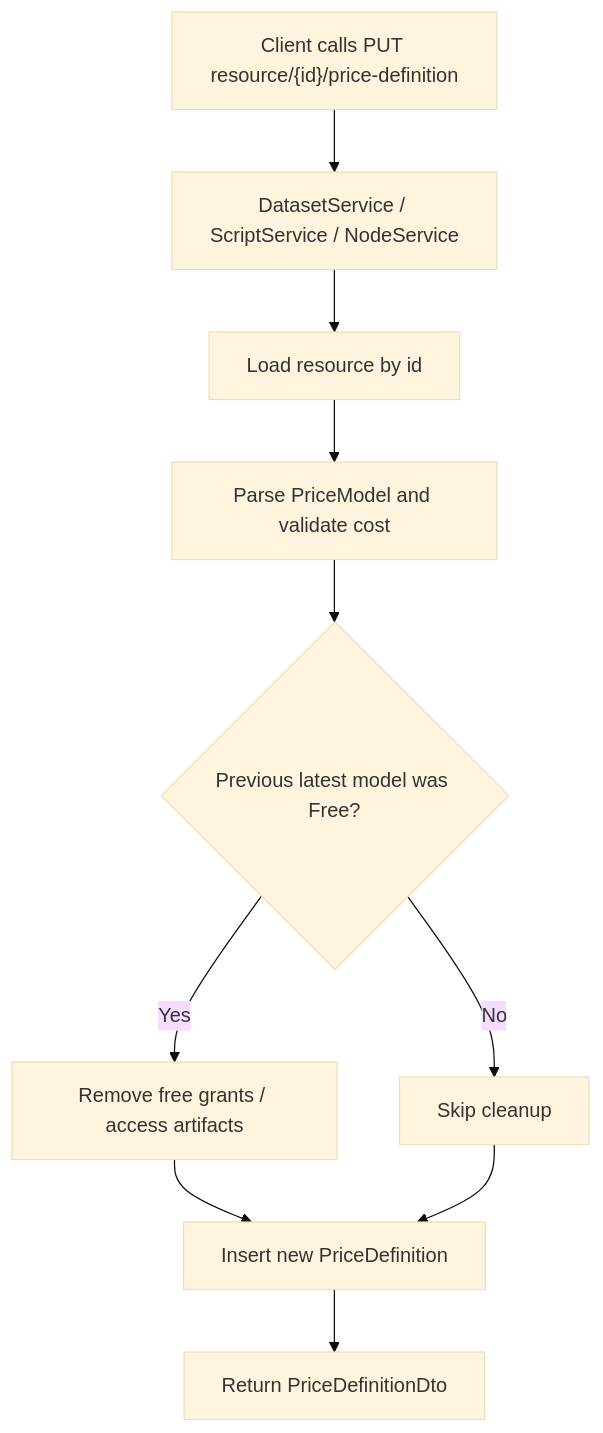
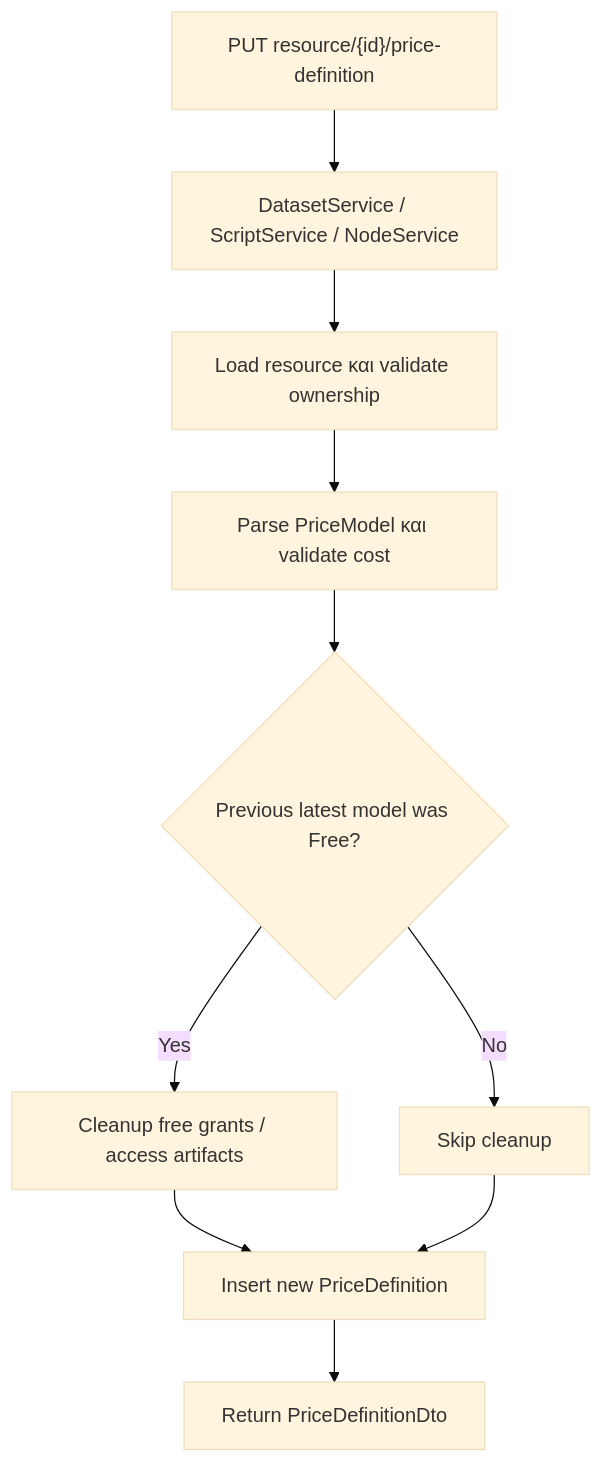
The eighth of 8 diagrams in Notes/Auth/Projects/RAISE/Documentation/Credit System Documentation.md (mtimoleon/notebook), drawn with Mermaid (base theme) before and after one commit. The commit also changed other lines of this file and 36 other files, not shown here.

````diff
--- a/Notes/Auth/Projects/RAISE/Documentation/Credit System Documentation.md
+++ b/Notes/Auth/Projects/RAISE/Documentation/Credit System Documentation.md
@@ -480,12 +523,12 @@
 ```mermaid
 flowchart TD
-    A["Client calls PUT resource/{id}/price-definition"] --> B["DatasetService / ScriptService / NodeService"]
-    B --> C[Load resource by id]
-    C --> D[Parse PriceModel and validate cost]
-    D --> E{Previous latest model was Free?}
-    E -- Yes --> F[Remove free grants / access artifacts]
-    E -- No --> G[Skip cleanup]
-    F --> H[Insert new PriceDefinition]
-    G --> H
-    H --> I[Return PriceDefinitionDto]
+    A["PUT resource/{id}/price-definition"] --> B[DatasetService / ScriptService / NodeService]
+    B --> C[Load resource και validate ownership]
+    C --> D[Parse PriceModel και validate cost]
+    D --> E{Previous latest model was Free?}
+    E -- Yes --> F[Cleanup free grants / access artifacts]
+    E -- No --> G[Skip cleanup]
+    F --> H[Insert new PriceDefinition]
+    G --> H
+    H --> I[Return PriceDefinitionDto]
 ```
````
